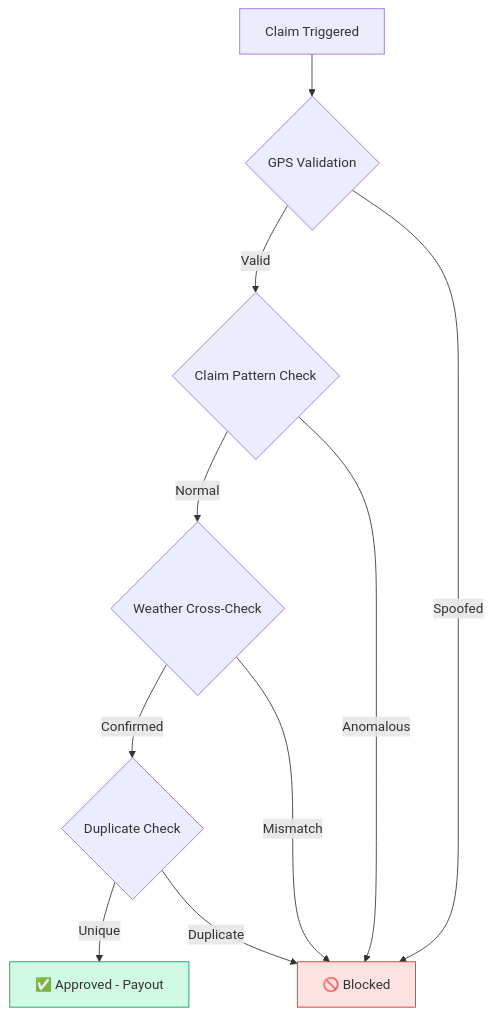
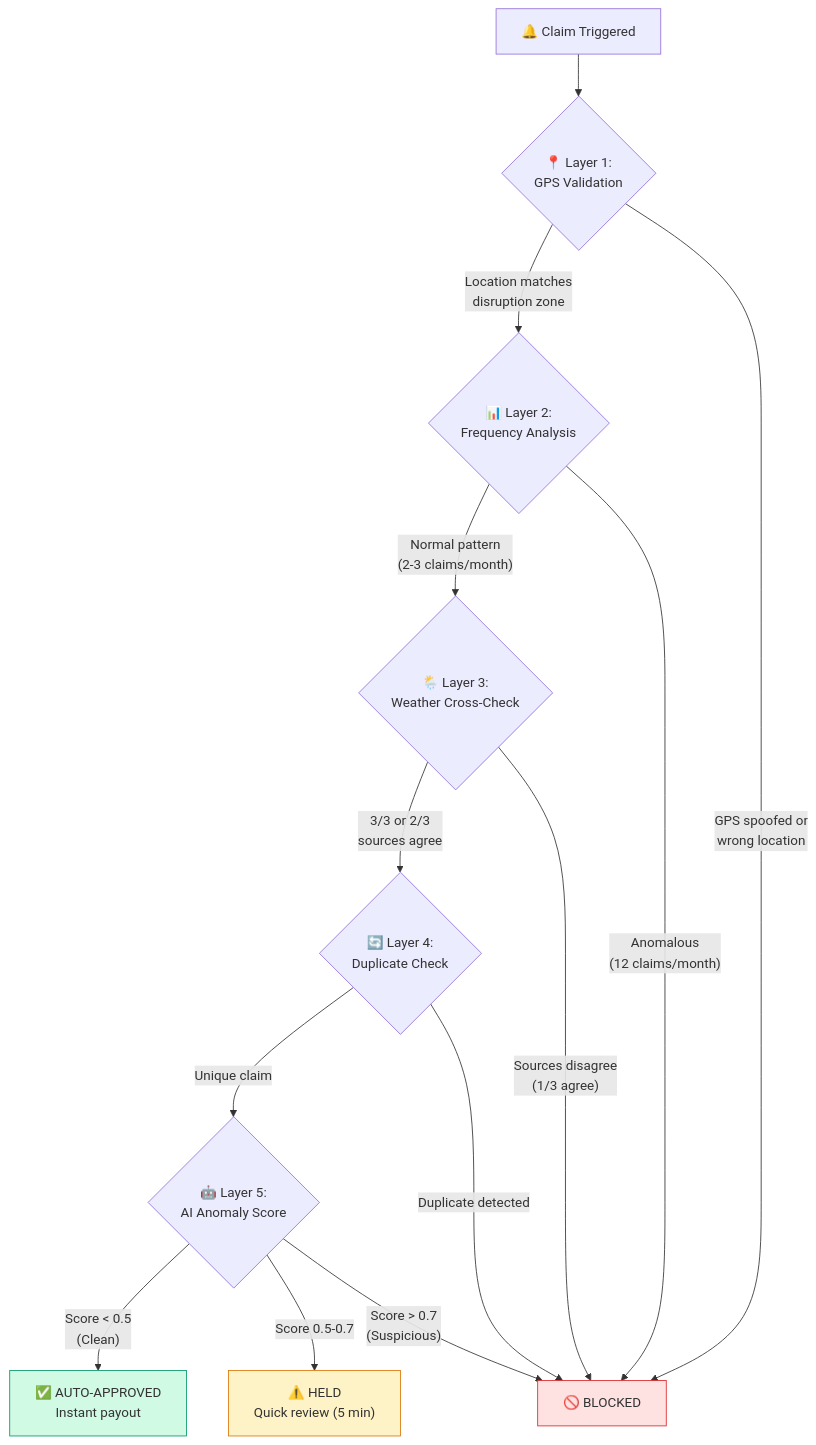
Before and after one commit to DunakaChetan/Kavach-GW: the eighth of 9 diagrams in README.md, drawn with Mermaid. The commit also changed other lines of this file and 1 other file, not shown here.

````diff
--- a/README.md
+++ b/README.md
@@ -242,15 +398,19 @@
 ```mermaid
 flowchart TD
-    A[Claim Triggered] --> B{GPS Validation}
-    B -- Valid --> C{Claim Pattern Check}
-    B -- Spoofed --> X[🚫 Blocked]
-    C -- Normal --> D{Weather Cross-Check}
-    C -- Anomalous --> X
-    D -- Confirmed --> E{Duplicate Check}
-    D -- Mismatch --> X
-    E -- Unique --> F[✅ Approved - Payout]
-    E -- Duplicate --> X
+    A["🔔 Claim Triggered"] --> B{"📍 Layer 1:<br/>GPS Validation"}
+    B -- "Location matches<br/>disruption zone" --> C{"📊 Layer 2:<br/>Frequency Analysis"}
+    B -- "GPS spoofed or<br/>wrong location" --> X["🚫 BLOCKED"]
+    C -- "Normal pattern<br/>(2-3 claims/month)" --> D{"🌦️ Layer 3:<br/>Weather Cross-Check"}
+    C -- "Anomalous<br/>(12 claims/month)" --> X
+    D -- "3/3 or 2/3<br/>sources agree" --> E{"🔄 Layer 4:<br/>Duplicate Check"}
+    D -- "Sources disagree<br/>(1/3 agree)" --> X
+    E -- "Unique claim" --> F{"🤖 Layer 5:<br/>AI Anomaly Score"}
+    E -- "Duplicate detected" --> X
+    F -- "Score < 0.5<br/>(Clean)" --> G["✅ AUTO-APPROVED<br/>Instant payout"]
+    F -- "Score 0.5-0.7" --> H["⚠️ HELD<br/>Quick review (5 min)"]
+    F -- "Score > 0.7<br/>(Suspicious)" --> X
 
-    style F fill:#d1fae5,stroke:#059669
+    style G fill:#d1fae5,stroke:#059669
     style X fill:#fee2e2,stroke:#dc2626
+    style H fill:#fef3c7,stroke:#d97706
 ```
````
